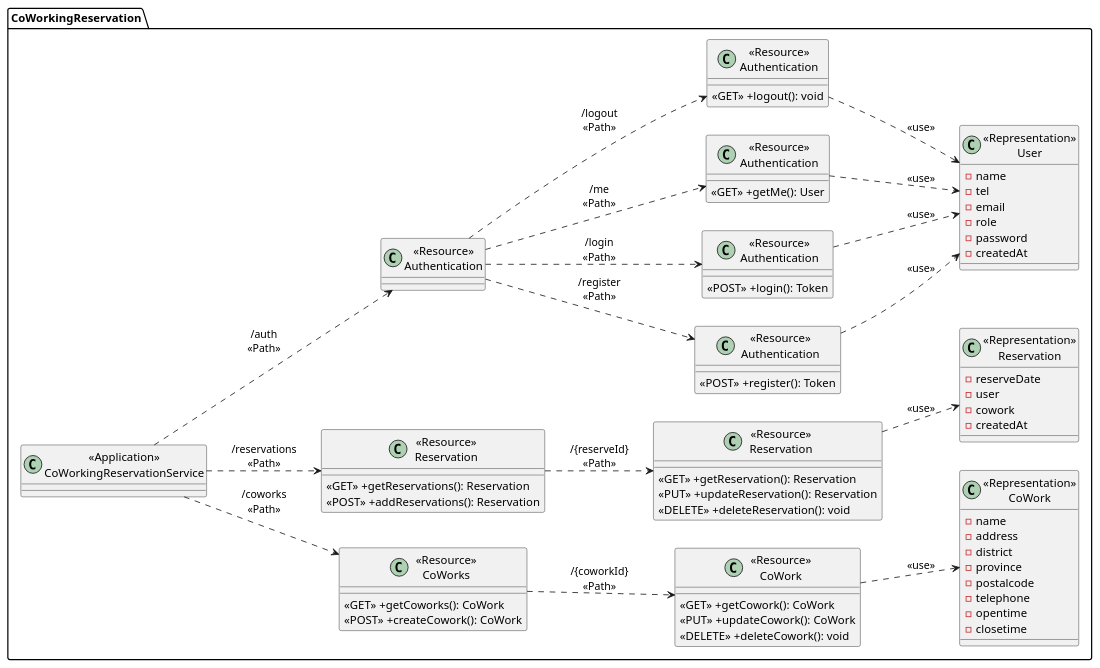
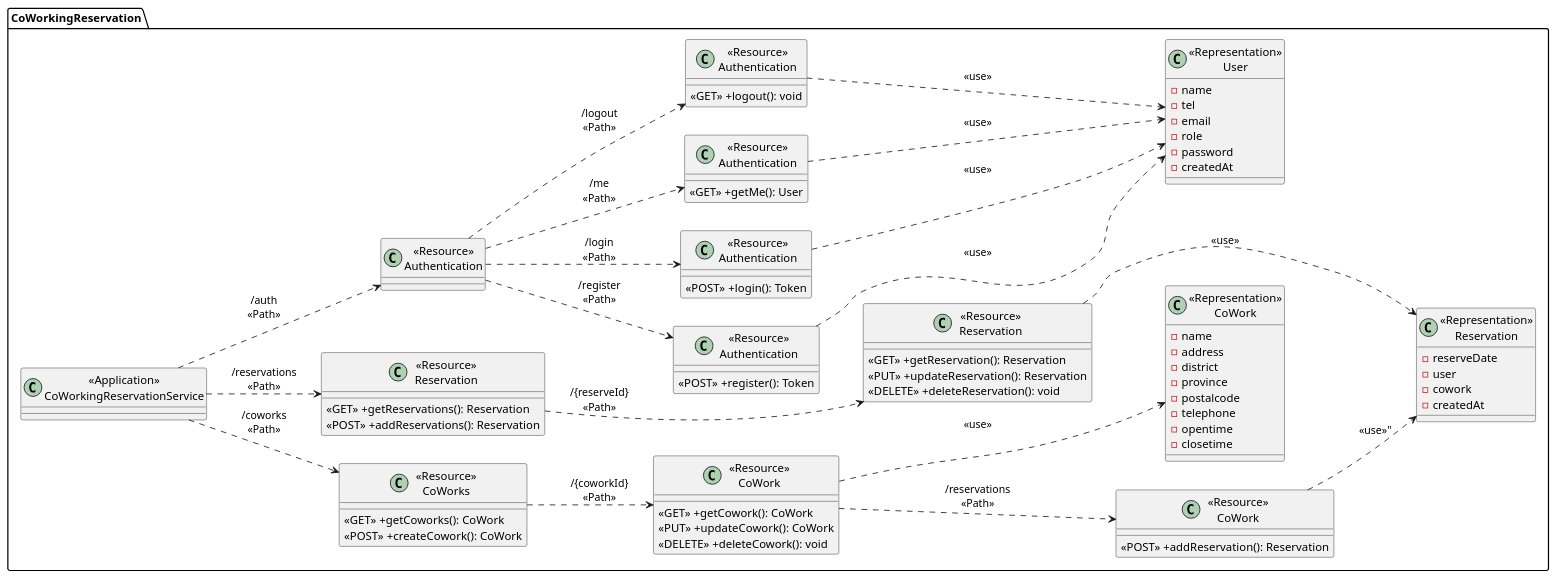
The diagram in resources/CoWorkingclass.puml (2110503-CEDT68/be-project-68-korkortor), drawn with PlantUML before and after one commit.

Commit message:
feat: add class for /coworks/:id/reservations

```diff
--- a/resources/CoWorkingclass.puml
+++ b/resources/CoWorkingclass.puml
@@ -1,101 +1,107 @@
 @startuml CoWorkingReservation
 left to right direction
 package "CoWorkingReservation" {
     class "<<Application>>\nCoWorkingReservationService" as CoWorkService{}
 
     ' Coworking
 
     class "<<Resource>>\nCoWorks" as ResourceCoWorks {
         <<GET>> +getCoworks(): CoWork
         <<POST>> +createCowork(): CoWork
     }
 
     class "<<Resource>>\nCoWork" as ResourceCoWork {
         <<GET>> +getCowork(): CoWork
         <<PUT>> +updateCowork(): CoWork
         <<DELETE>> +deleteCowork(): void
+    }
+
+    class "<<Resource>>\nCoWork" as ResourceCoWorkReservation {
+        <<POST>> +addReservation(): Reservation
     }
 
     class "<<Representation>>\nCoWork" as RepresentationCoWork {
         -name
         -address
         -district
         -province
         -postalcode
         -telephone
         -opentime
         -closetime
     }
 
     ' Reservation
 
     class "<<Resource>>\nReservation" as ResourceReservations {
         <<GET>> +getReservations(): Reservation
         <<POST>> +addReservations(): Reservation
     }
 
     class "<<Resource>>\nReservation" as ResourceReservation {
         <<GET>> +getReservation(): Reservation
         <<PUT>> +updateReservation(): Reservation
         <<DELETE>> +deleteReservation(): void
     }
 
      class "<<Representation>>\nReservation" as RepresentationReservation {
         -reserveDate
         -user
         -cowork
         -createdAt
     }
 
     ' Authentication
 
     class "<<Resource>>\nAuthentication" as AuthenticationController {}
 
     class "<<Resource>>\nAuthentication" as ResourceRegister {
         <<POST>> +register(): Token
     }
 
     class "<<Resource>>\nAuthentication" as ResourceLogin {
         <<POST>> +login(): Token
     }
 
     class "<<Resource>>\nAuthentication" as ResourceMe {
         <<GET>> +getMe(): User
     }
 
     class "<<Resource>>\nAuthentication" as ResourceLogout {
         <<GET>> +logout(): void
     }
 
     class "<<Representation>>\nUser" as RepresentationUser {
         -name
         -tel
         -email
         -role
         -password
         -createdAt
     }
 }
 
 ' Coworking
 CoWorkService ..> ResourceCoWorks:"/coworks\n<<Path>>"
 ResourceCoWorks ..> ResourceCoWork: "/{coworkId}\n<<Path>>"
 ResourceCoWork ..> RepresentationCoWork: "<<use>>"
+ResourceCoWork ..> ResourceCoWorkReservation: "/reservations\n<<Path>>"
+ResourceCoWorkReservation ..> RepresentationReservation: "<<use>>""
 
 ' Reservation
 CoWorkService ..> ResourceReservations:"/reservations\n<<Path>>"
 ResourceReservations ..> ResourceReservation: "/{reserveId}\n<<Path>>"
 ResourceReservation ..> RepresentationReservation: "<<use>>"
 
 ' Authentication
 CoWorkService ..> AuthenticationController:"/auth\n<<Path>>"
 AuthenticationController ..> ResourceRegister:"/register\n<<Path>>"
 AuthenticationController ..> ResourceLogin:"/login\n<<Path>>"
 AuthenticationController ..> ResourceMe:"/me\n<<Path>>"
 AuthenticationController ..> ResourceLogout:"/logout\n<<Path>>"
 ResourceRegister ..> RepresentationUser: "<<use>>"
 ResourceLogin ..> RepresentationUser: "<<use>>"
 ResourceMe ..> RepresentationUser: "<<use>>"
 ResourceLogout ..> RepresentationUser: "<<use>>"
 
 @enduml
```
